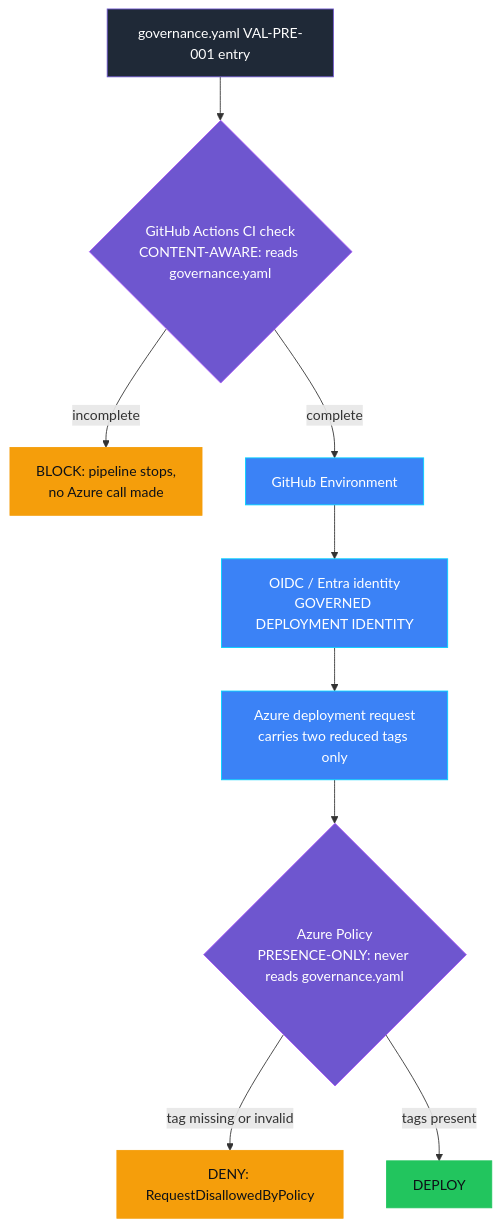
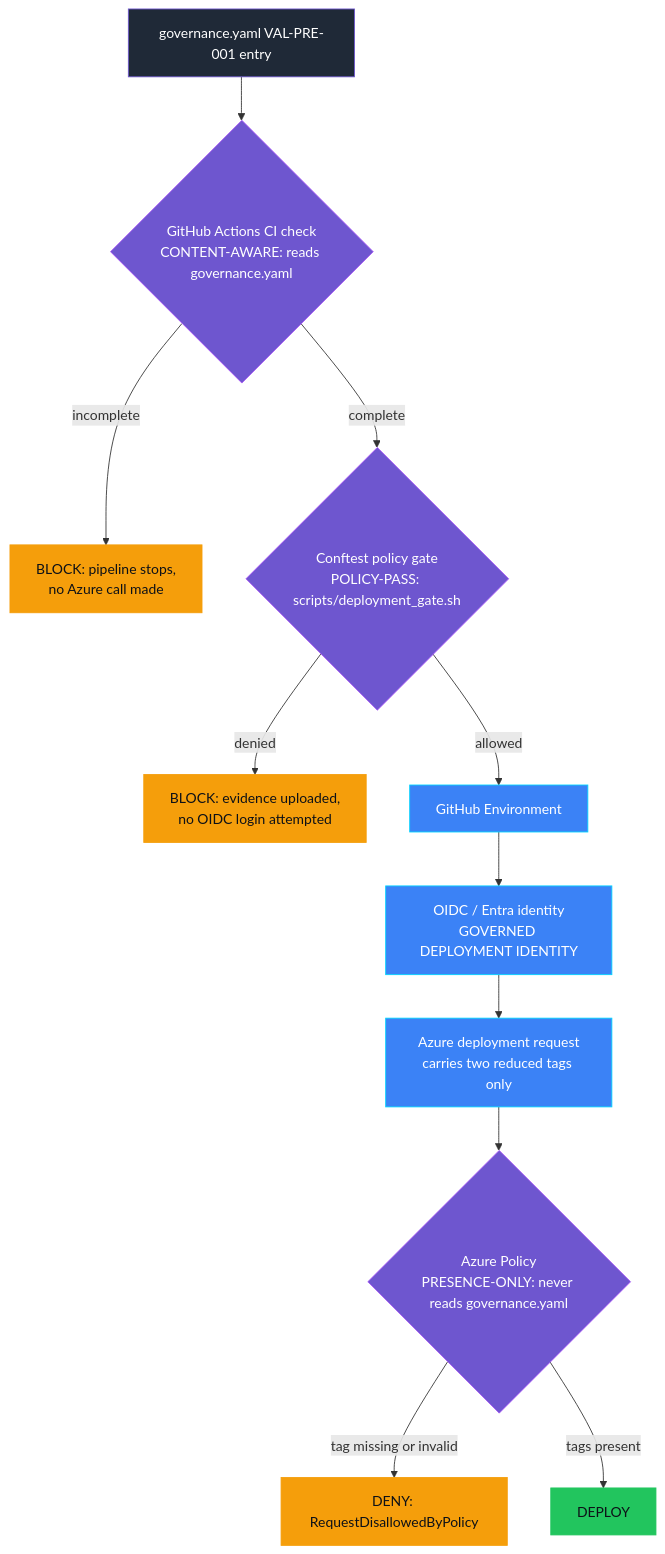
Before and after one commit to doruit/forged-with-foundry: the diagram in controls/value_adoption_and_finops/VAL-PRE-001_value_hypothesis_missing/README.md, drawn with Mermaid. The commit also changed other lines of this file and 3 other files, not shown here.

First line of the commit message:
docs(governance-contract): correct JSON Schema claim and match integrated state

````diff
--- a/controls/value_adoption_and_finops/VAL-PRE-001_value_hypothesis_missing/README.md
+++ b/controls/value_adoption_and_finops/VAL-PRE-001_value_hypothesis_missing/README.md
@@ -144,22 +152,24 @@
 ```mermaid
 flowchart TB
   Y[governance.yaml VAL-PRE-001 entry] --> CI{"GitHub Actions CI check<br/>CONTENT-AWARE: reads governance.yaml"}
   CI -->|incomplete| BLOCK[BLOCK: pipeline stops,<br/>no Azure call made]
-  CI -->|complete| ENVIRONMENT[GitHub Environment]
+  CI -->|complete| GATE{"Conftest policy gate<br/>POLICY-PASS: scripts/deployment_gate.sh"}
+  GATE -->|denied| GATEBLOCK[BLOCK: evidence uploaded,<br/>no OIDC login attempted]
+  GATE -->|allowed| ENVIRONMENT[GitHub Environment]
   ENVIRONMENT --> OIDC["OIDC / Entra identity<br/>GOVERNED DEPLOYMENT IDENTITY"]
   OIDC --> REQ[Azure deployment request<br/>carries two reduced tags only]
   REQ --> POLICY{"Azure Policy<br/>PRESENCE-ONLY: never reads governance.yaml"}
   POLICY -->|tag missing or invalid| DENY[DENY: RequestDisallowedByPolicy]
   POLICY -->|tags present| DEPLOY[DEPLOY]
 
   classDef governance fill:#6E56CF,stroke:#A855F7,color:#FFFFFF
   classDef platform fill:#3B82F6,stroke:#00D4FF,color:#FFFFFF
   classDef success fill:#22C55E,stroke:#22C55E,color:#0D1117
   classDef attention fill:#F59E0B,stroke:#F59E0B,color:#0D1117
   classDef neutral fill:#1F2937,stroke:#6E56CF,color:#FFFFFF
   class Y neutral
-  class CI,POLICY governance
+  class CI,GATE,POLICY governance
   class ENVIRONMENT,OIDC,REQ platform
-  class BLOCK,DENY attention
+  class BLOCK,GATEBLOCK,DENY attention
   class DEPLOY success
 ```
````
